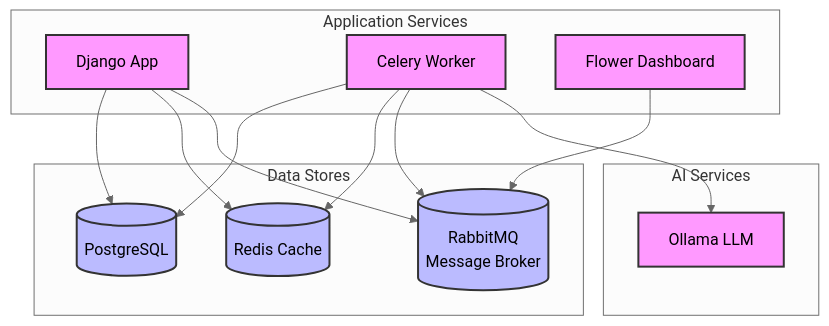
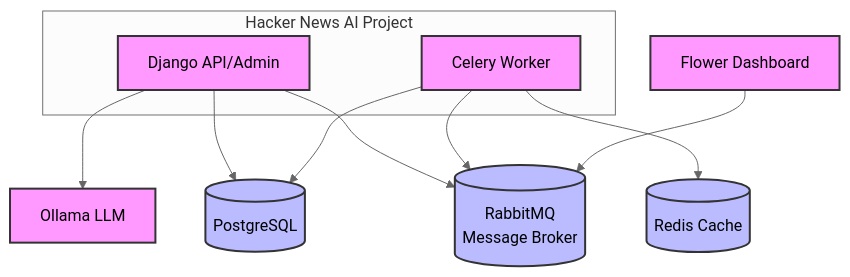
Before and after one commit to Belax8/hacker-news-ai: the diagram in README.md, drawn with Mermaid (neutral theme). The commit also changed other lines of this file, not shown here.

Commit message:
Updated the README to explain the project a little better.

````diff
--- a/README.md
+++ b/README.md
@@ -51,38 +56,32 @@
 ```mermaid
 flowchart TD
-    subgraph APP["Application Services"]
-        django["Django App"]
+    subgraph APP["Hacker News AI Project"]
+        django["Django API/Admin"]
         celery["Celery Worker"]
-        flower["Flower Dashboard"]
     end
 
-    subgraph DATA["Data Stores"]
-        postgres[(PostgreSQL)]
-        redis[(Redis Cache)]
-        rabbitmq[("RabbitMQ<br/>Message Broker")]
-    end
-
-    subgraph AI["AI Services"]
-        ollama["Ollama LLM"]
-    end
+    flower["Flower Dashboard"]
+    postgres[(PostgreSQL)]
+    redis[(Redis Cache)]
+    rabbitmq[("RabbitMQ<br/>Message Broker")]
+    ollama["Ollama LLM"]
 
     %% App connections
+    django --> ollama
     django --> postgres
-    django --> redis
     django --> rabbitmq
 
     %% Celery connections
     celery --> postgres
     celery --> redis
     celery --> rabbitmq
-    celery --> ollama
 
     %% Flower connections
     flower --> rabbitmq
 
     classDef service fill:#f9f,stroke:#333,stroke-width:2px
     classDef database fill:#bbf,stroke:#333,stroke-width:2px
     
     class django,celery,flower,ollama service
     class postgres,redis,rabbitmq database
 ```
````
